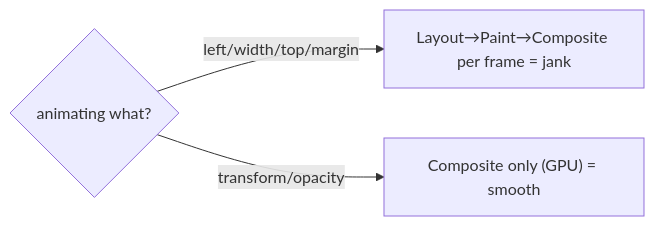
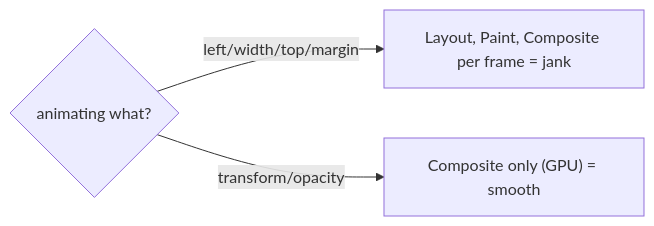
One commit to ashishxcode/frontend-internals changed the first of 2 diagrams in packages/content/content/26-animation.mdx. Above: the diagram before and after it, drawn with Mermaid. The commit also changed other lines of this file and 29 other files, not shown here.

Commit message:
rewrite: roadmap engineer-to-engineer + all 34 chapters new spec

````diff
--- a/packages/content/content/26-animation.mdx
+++ b/packages/content/content/26-animation.mdx
@@ -78,5 +38,5 @@
 ```mermaid
 flowchart LR
-  animate{animating what?} -->|left/width/top/margin| layout["Layout→Paint→Composite per frame = jank"]
+  animate{animating what?} -->|left/width/top/margin| layout["Layout, Paint, Composite per frame = jank"]
   animate -->|transform/opacity| comp["Composite only (GPU) = smooth"]
 ```
````
